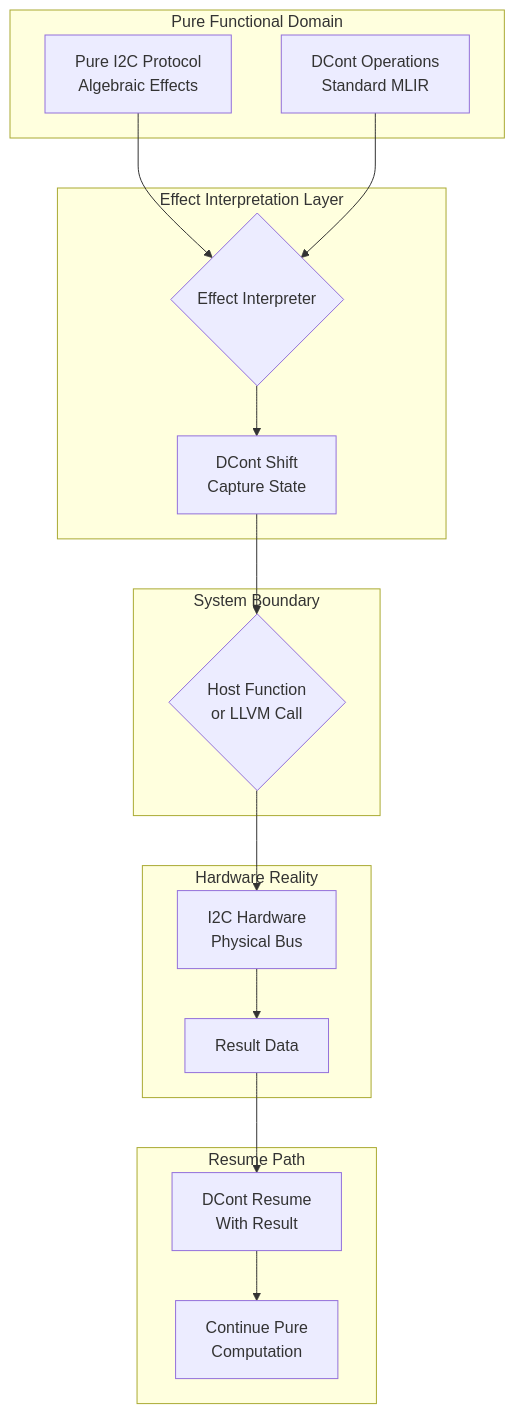
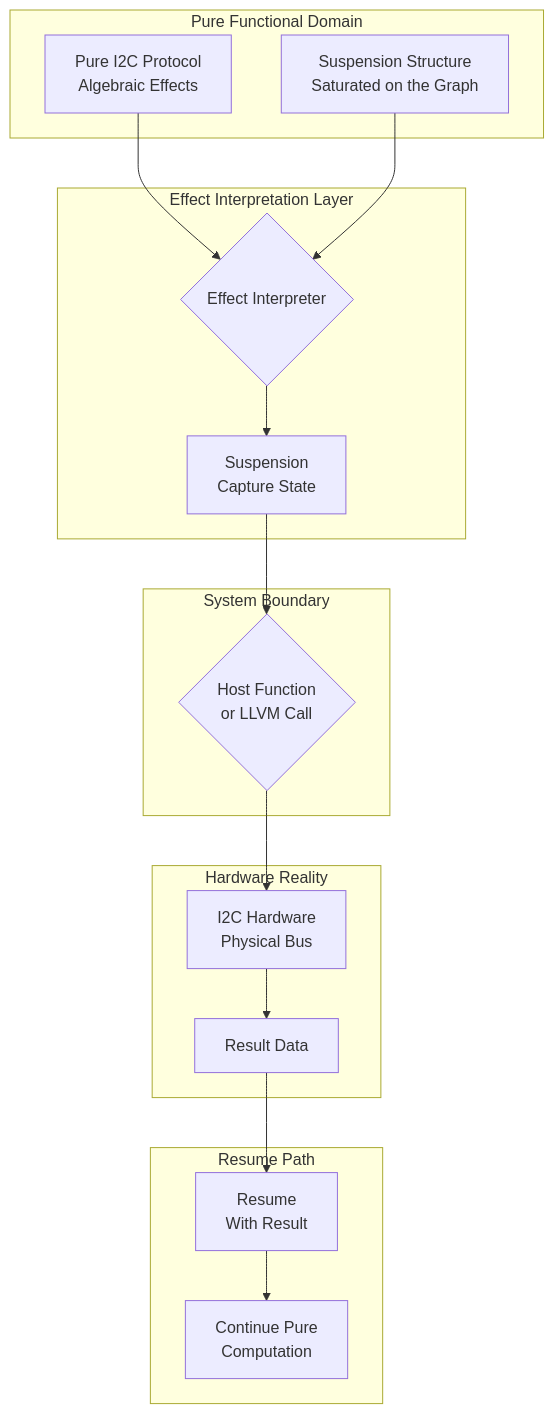
The second of 3 diagrams in hugo/content/docs/design/concurrency/the-continuation-preservation-paradox.md (FidelityFramework/clef-lang-site), drawn with Mermaid before and after one commit. The commit also changed other lines of this file and 5 other files, not shown here.

````diff
--- a/hugo/content/docs/design/concurrency/the-continuation-preservation-paradox.md
+++ b/hugo/content/docs/design/concurrency/the-continuation-preservation-paradox.md
@@ -199,27 +185,27 @@
 ```mermaid
 flowchart TD
     subgraph "Pure Functional Domain"
         PURE[Pure I2C Protocol<br/>Algebraic Effects]
-        CONT[DCont Operations<br/>Standard MLIR]
+        CONT[Suspension Structure<br/>Saturated on the Graph]
     end
 
     subgraph "Effect Interpretation Layer"
         PURE --> INT{Effect Interpreter}
         CONT --> INT
-        INT --> SHIFT[DCont Shift<br/>Capture State]
+        INT --> SHIFT[Suspension<br/>Capture State]
     end
 
     subgraph "System Boundary"
         SHIFT --> HOST{Host Function<br/>or LLVM Call}
     end
 
     subgraph "Hardware Reality"
         HOST --> I2C[I2C Hardware<br/>Physical Bus]
         I2C --> RESULT[Result Data]
     end
 
     subgraph "Resume Path"
-        RESULT --> RESUME[DCont Resume<br/>With Result]
+        RESULT --> RESUME[Resume<br/>With Result]
         RESUME --> CONT2[Continue Pure<br/>Computation]
     end
 ```
````
